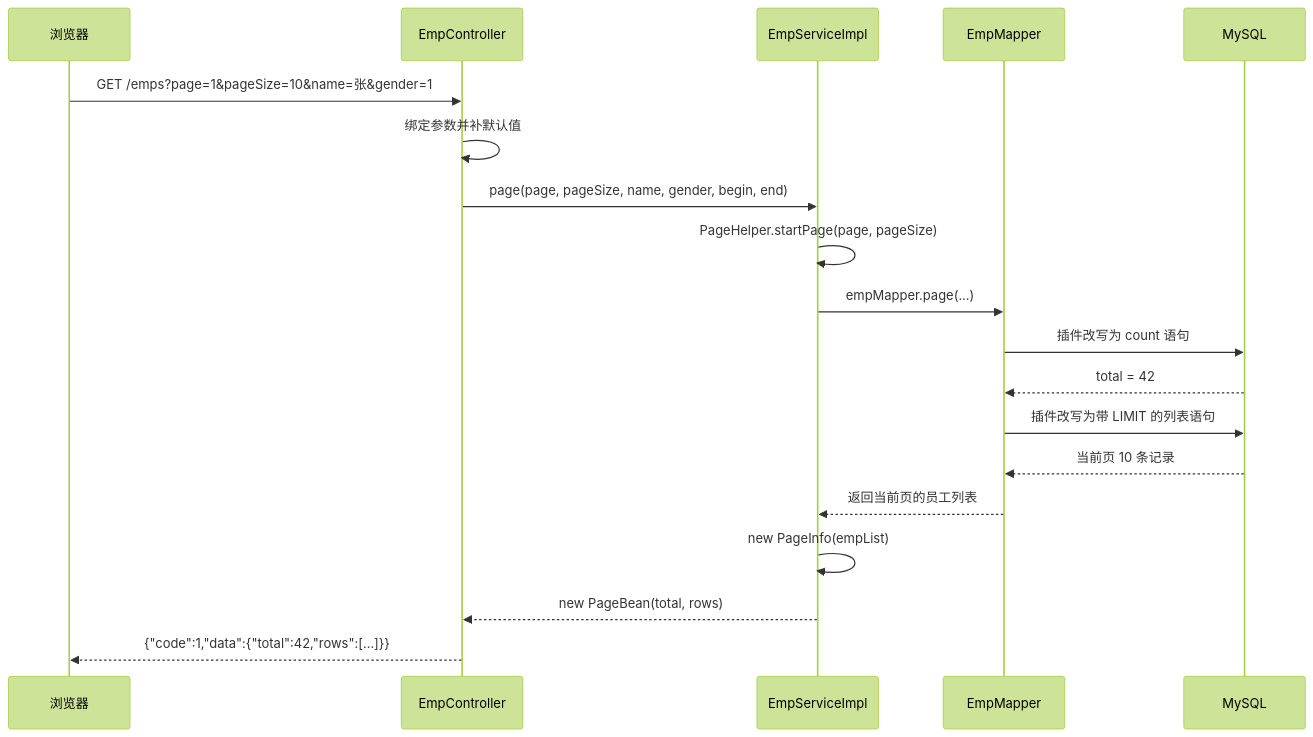
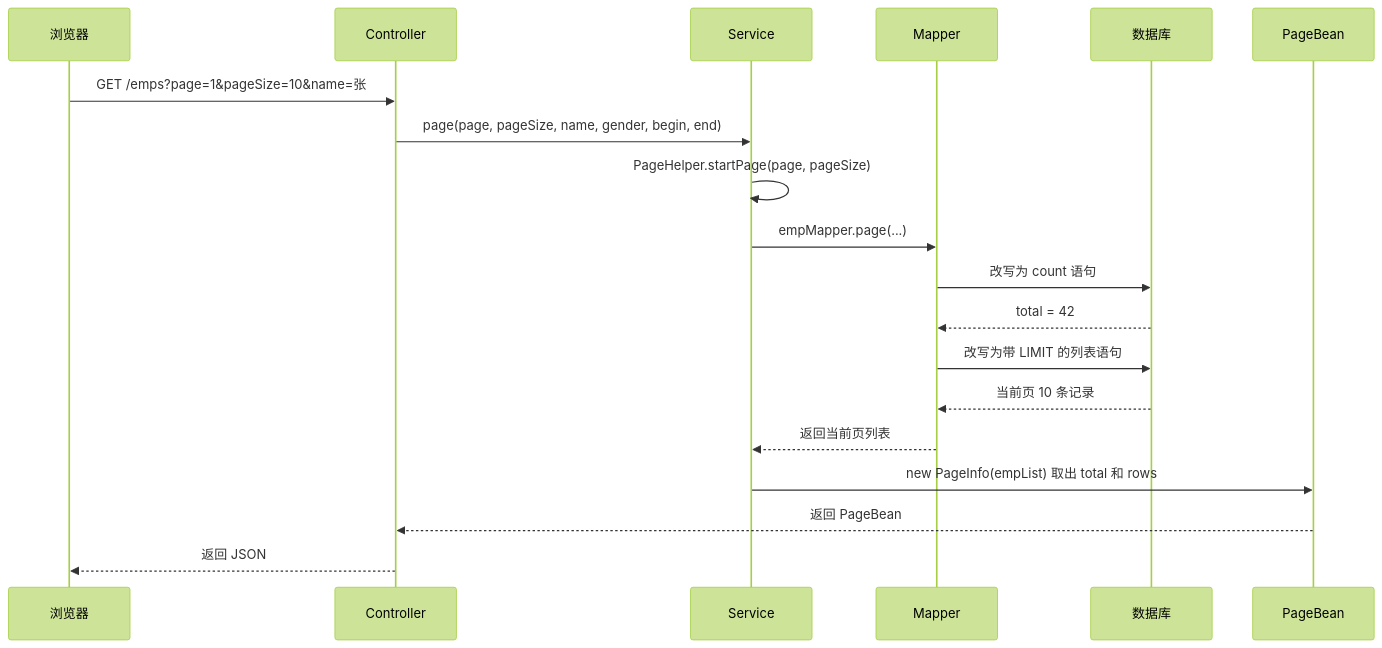
Before and after one commit to huangjiacheng0226/studying: the second of 2 diagrams in javaweb/08-后端Web实战（员工管理）.md, drawn with Mermaid (forest theme). The commit also changed other lines of this file, not shown here.

````diff
--- a/javaweb/08-后端Web实战（员工管理）.md
+++ b/javaweb/08-后端Web实战（员工管理）.md
@@ -325,21 +299,15 @@
 ```mermaid
 sequenceDiagram
-    participant B as 浏览器
-    participant C as EmpController
-    participant S as EmpServiceImpl
-    participant M as EmpMapper
-    participant D as MySQL
-    B->>C: GET /emps?page=1&pageSize=10&name=张&gender=1
-    C->>C: 绑定参数并补默认值
-    C->>S: page(page, pageSize, name, gender, begin, end)
-    S->>S: PageHelper.startPage(page, pageSize)
-    S->>M: empMapper.page(...)
-    M->>D: 插件改写为 count 语句
-    D-->>M: total = 42
-    M->>D: 插件改写为带 LIMIT 的列表语句
-    D-->>M: 当前页 10 条记录
-    M-->>S: 返回当前页的员工列表
-    S->>S: new PageInfo(empList)
-    S-->>C: new PageBean(total, rows)
-    C-->>B: {"code":1,"data":{"total":42,"rows":[...]}}
+    浏览器->>Controller: GET /emps?page=1&pageSize=10&name=张
+    Controller->>Service: page(page, pageSize, name, gender, begin, end)
+    Service->>Service: PageHelper.startPage(page, pageSize)
+    Service->>Mapper: empMapper.page(...)
+    Mapper->>数据库: 改写为 count 语句
+    数据库-->>Mapper: total = 42
+    Mapper->>数据库: 改写为带 LIMIT 的列表语句
+    数据库-->>Mapper: 当前页 10 条记录
+    Mapper-->>Service: 返回当前页列表
+    Service->>PageBean: new PageInfo(empList) 取出 total 和 rows
+    PageBean-->>Controller: 返回 PageBean
+    Controller-->>浏览器: 返回 JSON
 ```
````
